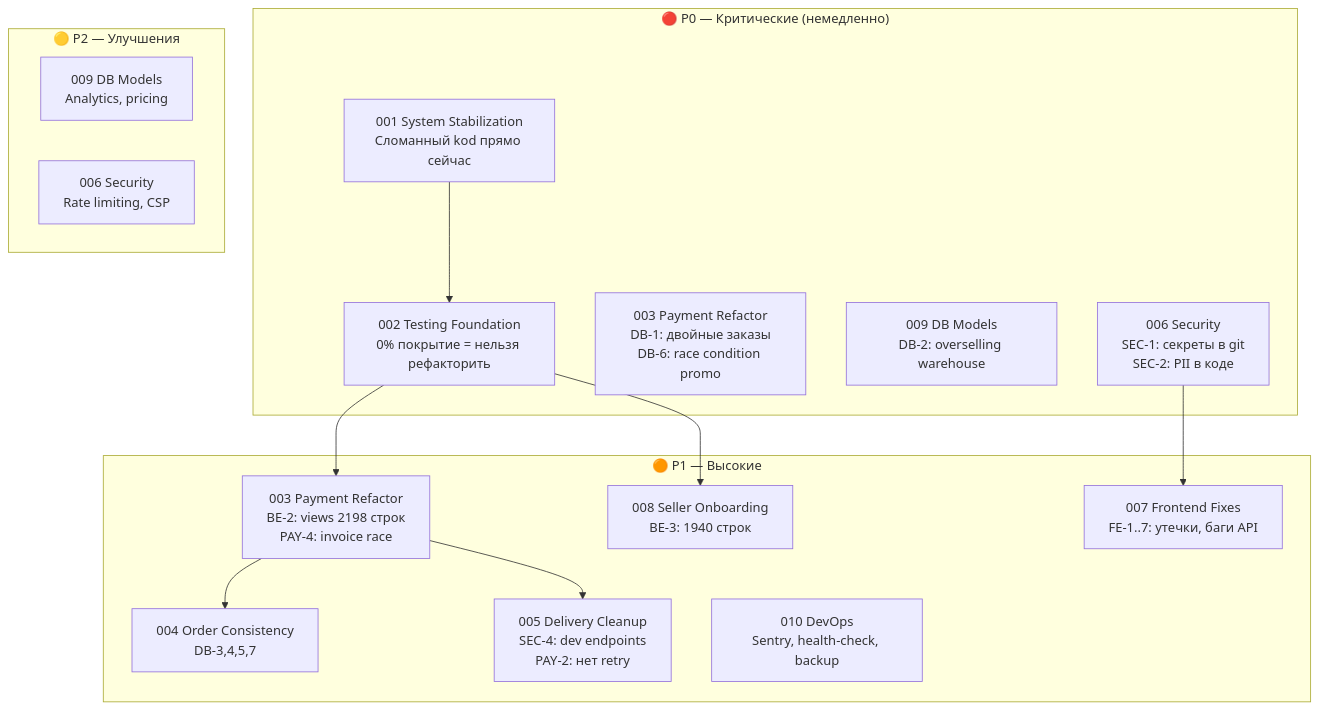
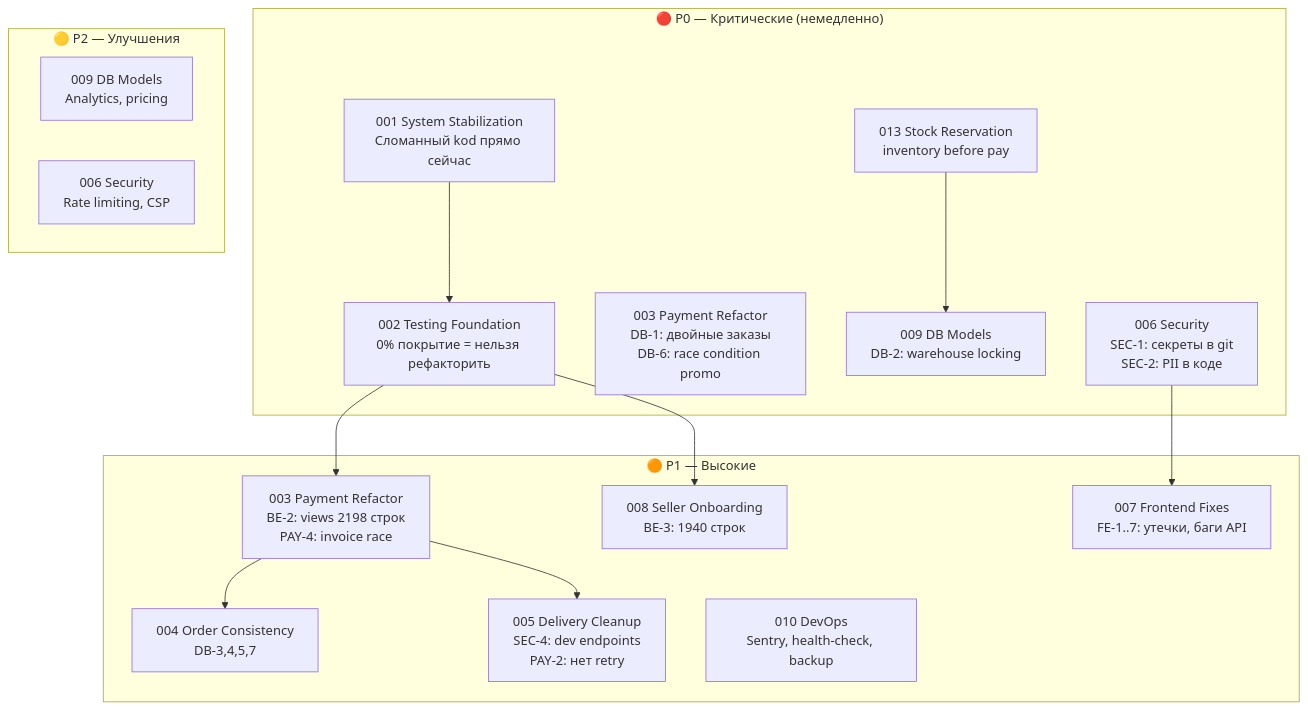
Before and after one commit to pavelchamgl/reli.one: the first of 2 diagrams in docs/tasks/README.md, drawn with Mermaid. The commit also changed other lines of this file and 2 other files, not shown here.

First line of the commit message:
docs: document stock baseline and Task 013 reservation flow

````diff
--- a/docs/tasks/README.md
+++ b/docs/tasks/README.md
@@ -10,31 +10,33 @@
 ```mermaid
 graph TD
     subgraph P0["🔴 P0 — Критические (немедленно)"]
         T001["001 System Stabilization\nСломанный kod прямо сейчас"]
         T002["002 Testing Foundation\n0% покрытие = нельзя рефакторить"]
         T003P0["003 Payment Refactor\nDB-1: двойные заказы\nDB-6: race condition promo"]
-        T009P0["009 DB Models\nDB-2: overselling warehouse"]
+        T009P0["009 DB Models\nDB-2: warehouse locking"]
+        T013P0["013 Stock Reservation\ninventory before pay"]
         T006P0["006 Security\nSEC-1: секреты в git\nSEC-2: PII в коде"]
     end
 
     subgraph P1["🟠 P1 — Высокие"]
         T003["003 Payment Refactor\nBE-2: views 2198 строк\nPAY-4: invoice race"]
         T004["004 Order Consistency\nDB-3,4,5,7"]
         T005["005 Delivery Cleanup\nSEC-4: dev endpoints\nPAY-2: нет retry"]
         T007["007 Frontend Fixes\nFE-1..7: утечки, баги API"]
         T008["008 Seller Onboarding\nBE-3: 1940 строк"]
         T010["010 DevOps\nSentry, health-check, backup"]
     end
 
     subgraph P2["🟡 P2 — Улучшения"]
         T009["009 DB Models\nAnalytics, pricing"]
         T006P2["006 Security\nRate limiting, CSP"]
     end
 
     T001 --> T002
     T002 --> T003
     T002 --> T008
     T003 --> T004
     T003 --> T005
+    T013P0 --> T009P0
     T006P0 --> T007
 ```
````
